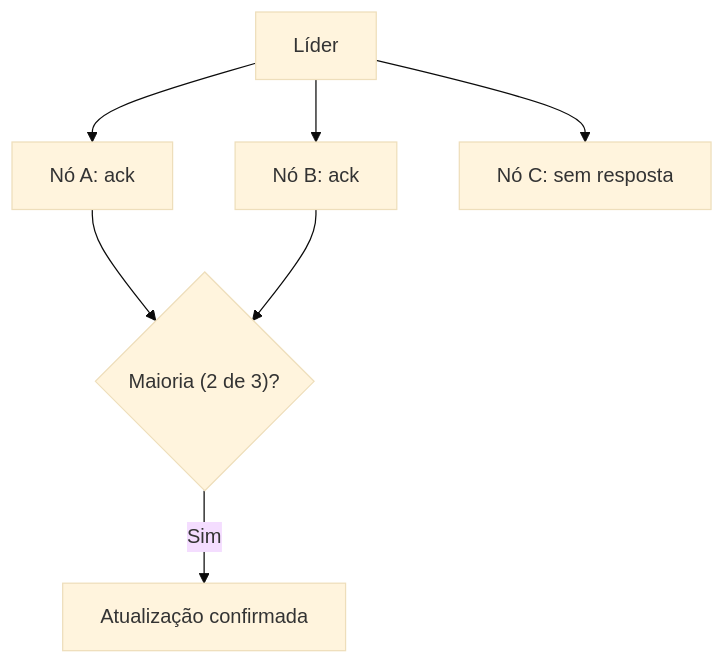
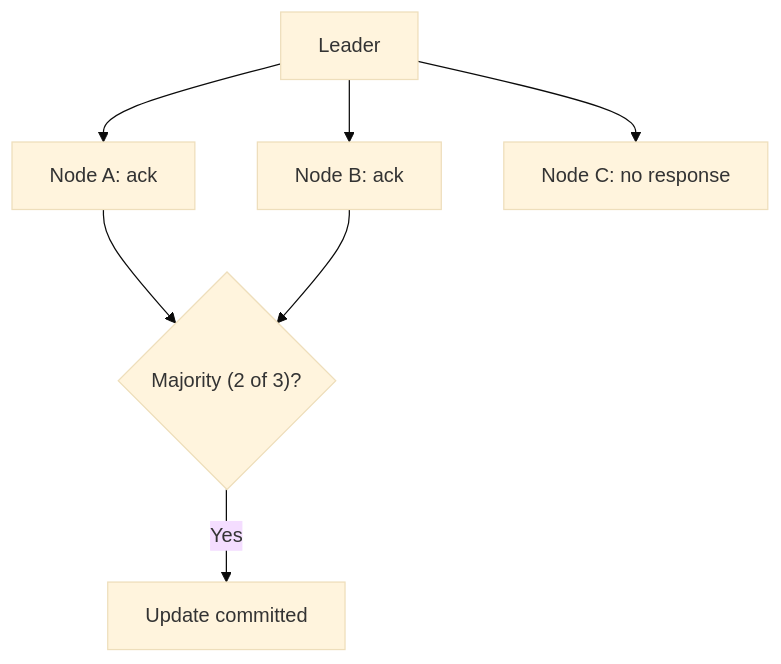
The diagram in docs/architecture/distributed-systems/data-replication/majority-quorum.md (alancesar/design-patterns), drawn with Mermaid (base theme) before and after one commit. The commit also changed 258 other files, not shown here.

First line of the commit message:
Translate Mermaid diagrams to English

````diff
--- a/docs/architecture/distributed-systems/data-replication/majority-quorum.md
+++ b/docs/architecture/distributed-systems/data-replication/majority-quorum.md
@@ -55,9 +55,9 @@
 ```mermaid
 flowchart TB
-    L["Líder"] --> A["Nó A: ack"]
-    L --> B["Nó B: ack"]
-    L --> C["Nó C: sem resposta"]
-    A --> Q{"Maioria (2 de 3)?"}
+    L["Leader"] --> A["Node A: ack"]
+    L --> B["Node B: ack"]
+    L --> C["Node C: no response"]
+    A --> Q{"Majority (2 of 3)?"}
     B --> Q
-    Q -->|"Sim"| OK["Atualização confirmada"]
+    Q -->|"Yes"| OK["Update committed"]
 ```
````
